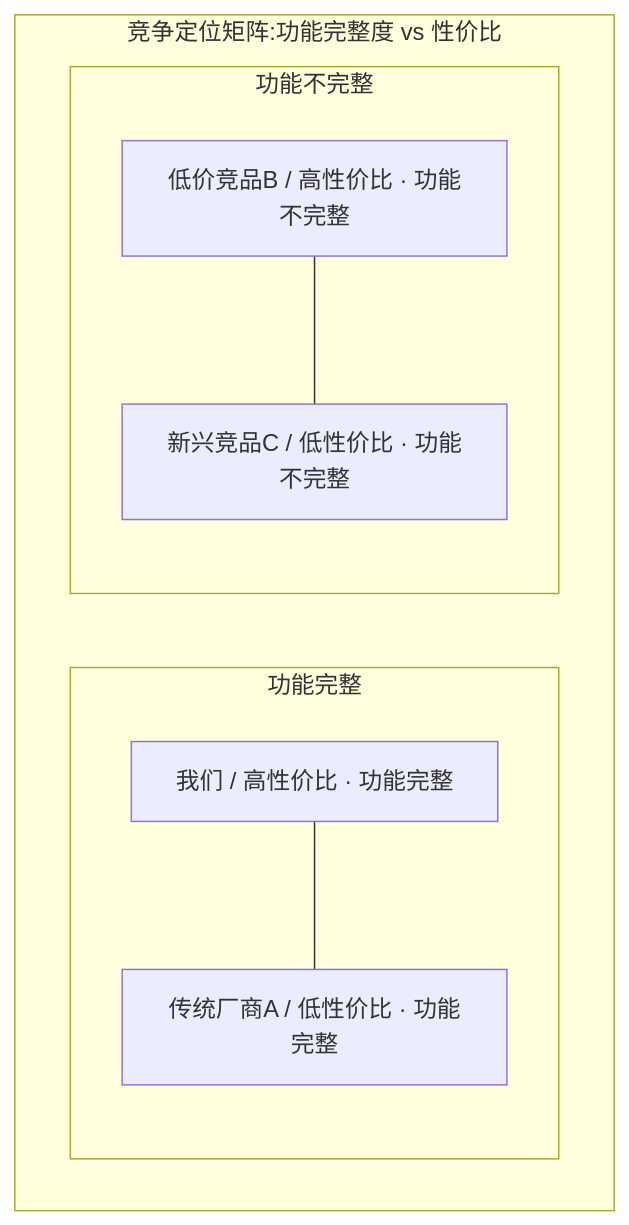
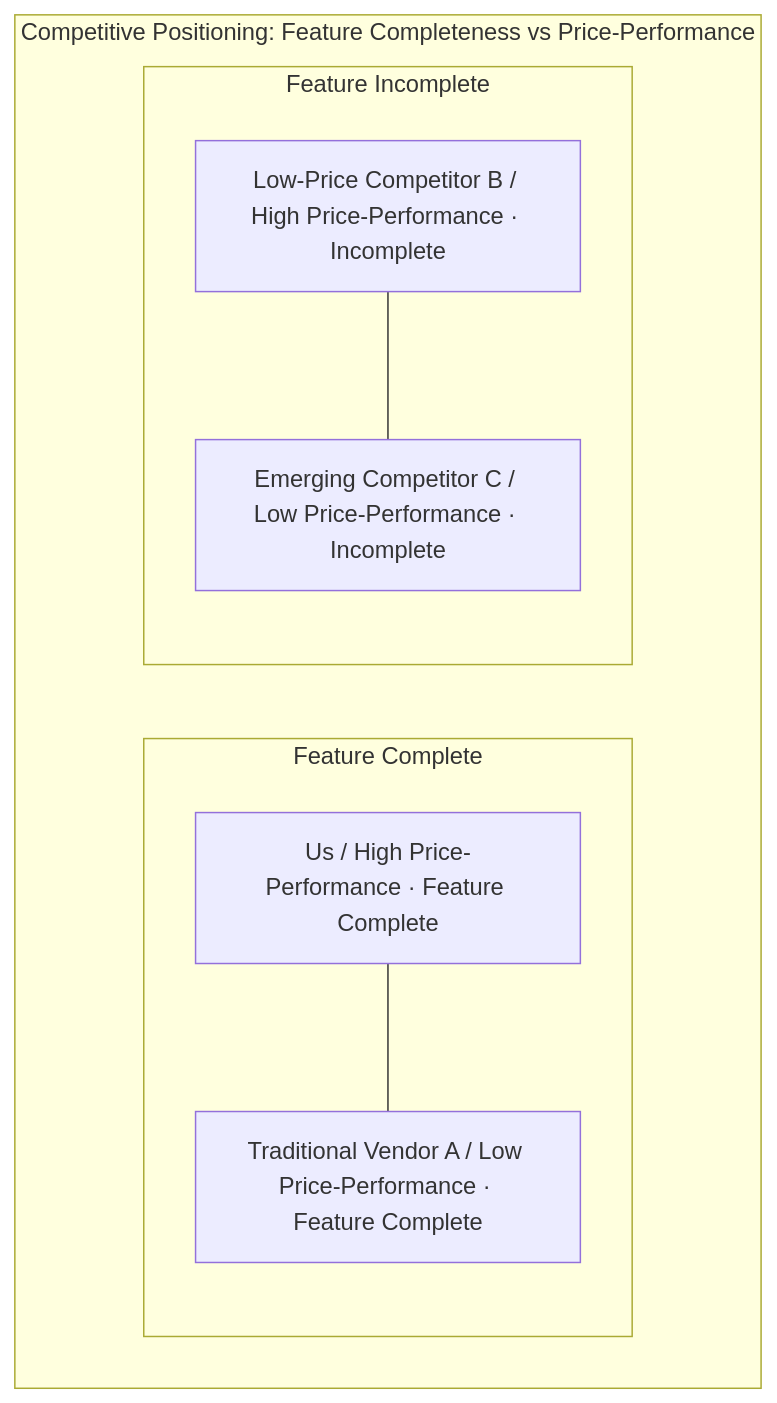
Before and after one commit to Kirky-X/cangjie: the sixth of 10 diagrams in templates/【模板】商业计划书.md, drawn with Mermaid. The commit also changed other lines of this file and 60 other files, not shown here.

````diff
--- a/templates/【模板】商业计划书.md
+++ b/templates/【模板】商业计划书.md
@@ -203,15 +203,15 @@
 ```mermaid
 graph TB
-    subgraph matrix[竞争定位矩阵:功能完整度 vs 性价比]
-        subgraph complete[功能完整]
-            WE[我们 / 高性价比 · 功能完整]
-            TA[传统厂商A / 低性价比 · 功能完整]
+    subgraph matrix[Competitive Positioning: Feature Completeness vs Price-Performance]
+        subgraph complete[Feature Complete]
+            WE[Us / High Price-Performance · Feature Complete]
+            TA[Traditional Vendor A / Low Price-Performance · Feature Complete]
         end
-        subgraph incomplete[功能不完整]
-            LB[低价竞品B / 高性价比 · 功能不完整]
-            NC[新兴竞品C / 低性价比 · 功能不完整]
+        subgraph incomplete[Feature Incomplete]
+            LB[Low-Price Competitor B / High Price-Performance · Incomplete]
+            NC[Emerging Competitor C / Low Price-Performance · Incomplete]
         end
         WE --- TA
         LB --- NC
     end
 ```
````
